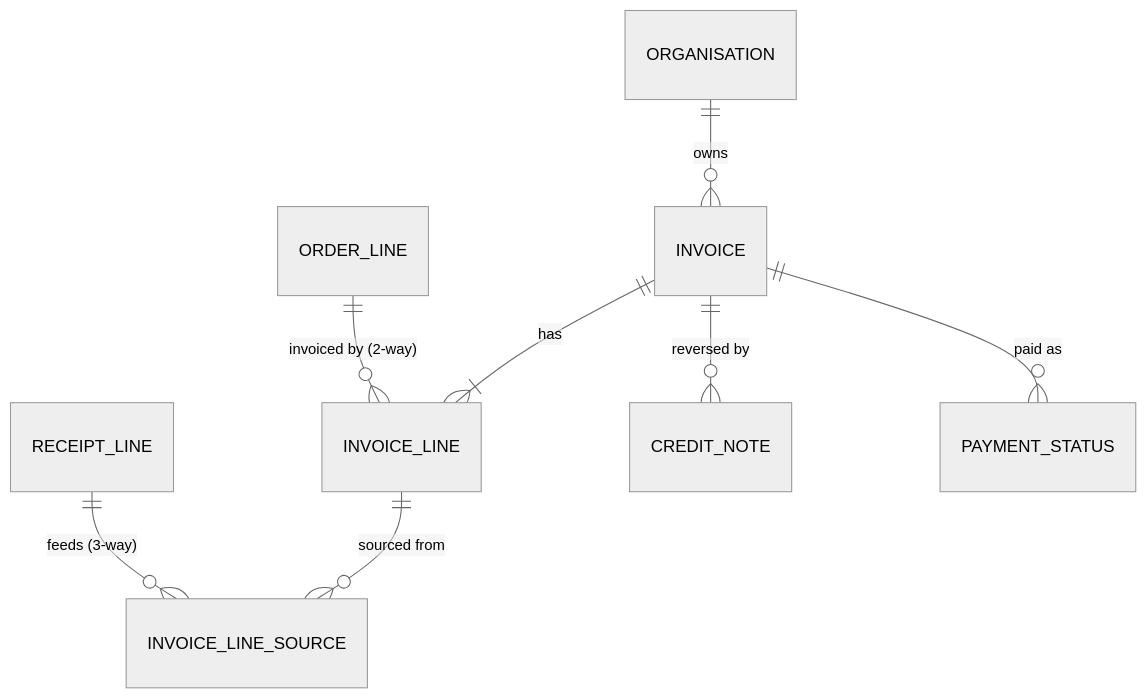
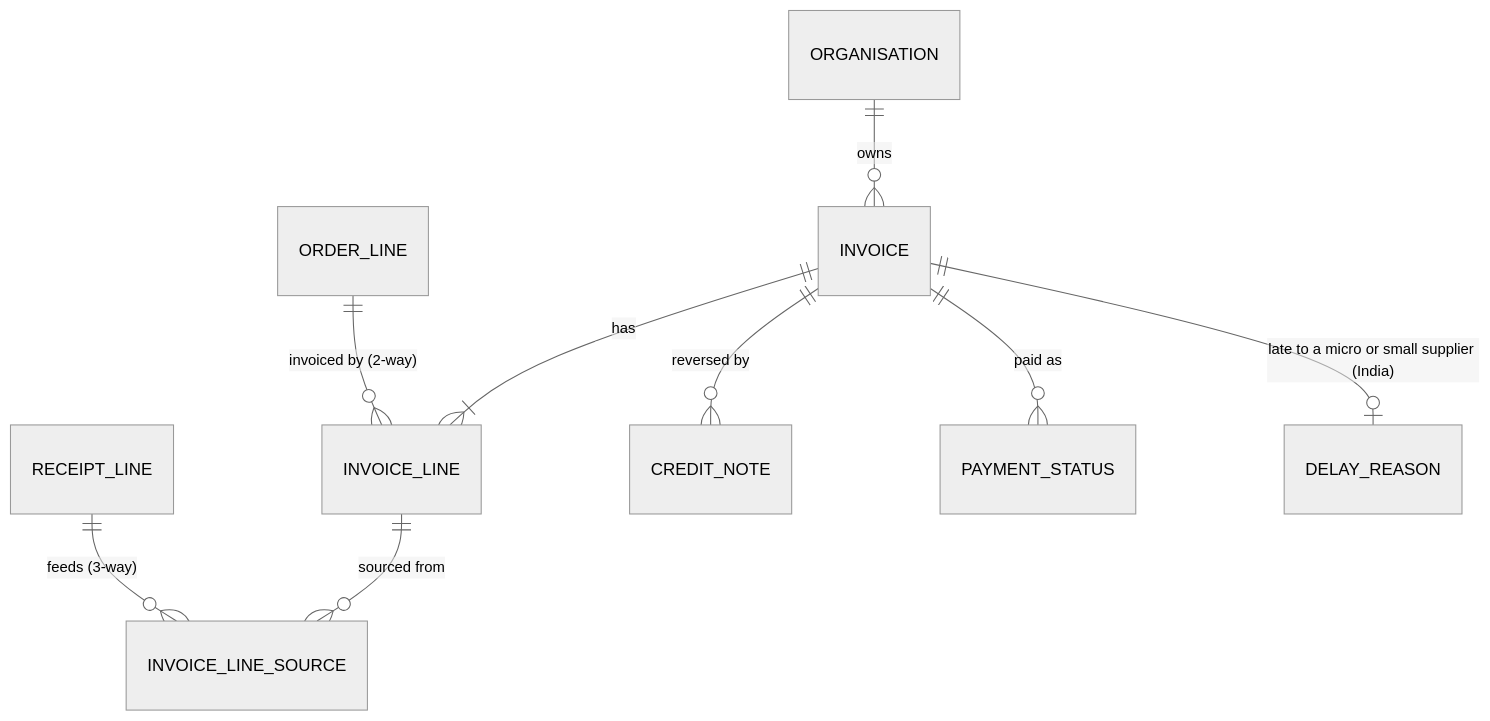
One commit to rkravuri/ironsaas changed the first of 2 diagrams in docs/prd/suites/procurement/invoicing-PRD.md. Above: the diagram before and after it, drawn with Mermaid (neutral theme). The commit also changed other lines of this file and 16 other files, not shown here.

````diff
--- a/docs/prd/suites/procurement/invoicing-PRD.md
+++ b/docs/prd/suites/procurement/invoicing-PRD.md
@@ -57,10 +57,11 @@
 ```mermaid
 erDiagram
   ORGANISATION ||--o{ INVOICE : owns
   ORDER_LINE ||--o{ INVOICE_LINE : "invoiced by (2-way)"
   RECEIPT_LINE ||--o{ INVOICE_LINE_SOURCE : "feeds (3-way)"
   INVOICE ||--|{ INVOICE_LINE : has
   INVOICE_LINE ||--o{ INVOICE_LINE_SOURCE : "sourced from"
   INVOICE ||--o{ CREDIT_NOTE : "reversed by"
   INVOICE ||--o{ PAYMENT_STATUS : "paid as"
+  INVOICE ||--o| DELAY_REASON : "late to a micro or small supplier (India)"
 ```
````
